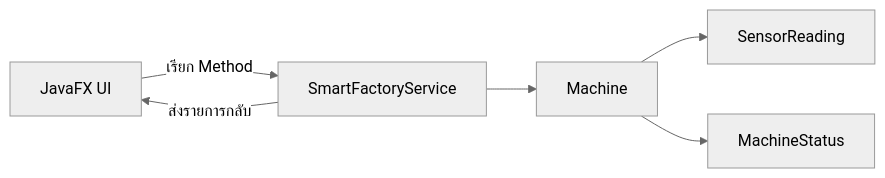
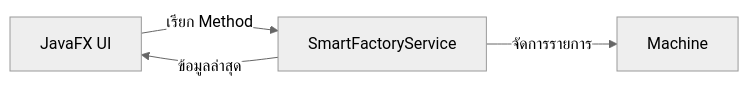
The diagram in docs/playlist-03-java-desktop/ep09-service-crud.md (KOPE-SOLUTION/java-smart-solutions), drawn with Mermaid (neutral theme) before and after one commit. The commit also changed other lines of this file and 49 other files, not shown here.

````diff
--- a/docs/playlist-03-java-desktop/ep09-service-crud.md
+++ b/docs/playlist-03-java-desktop/ep09-service-crud.md
@@ -11,8 +11,6 @@
 ```mermaid
 flowchart LR
-    U[JavaFX UI] -->|เรียก Method| S[SmartFactoryService]
-    S --> M[Machine]
-    M --> R[SensorReading]
-    M --> ST[MachineStatus]
-    S -->|ส่งรายการกลับ| U
+    UI[JavaFX UI] -->|เรียก Method| S[SmartFactoryService]
+    S -->|จัดการรายการ| M[Machine]
+    S -->|ข้อมูลล่าสุด| UI
 ```
````
